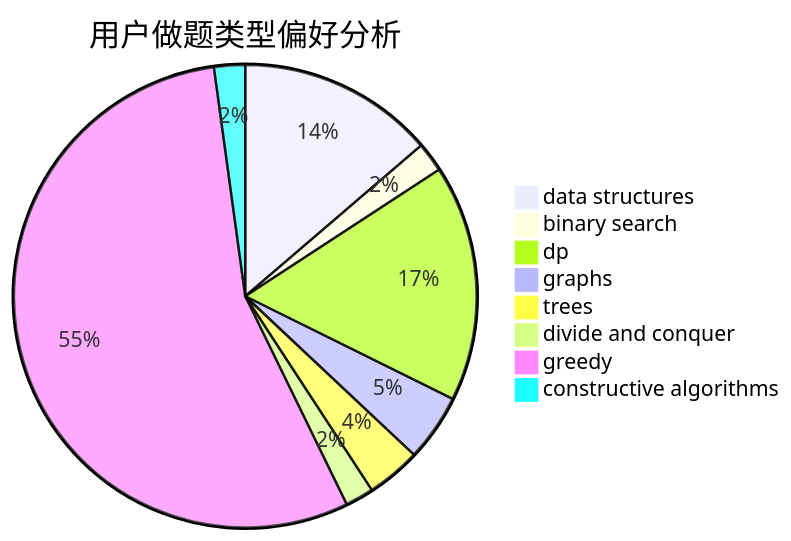
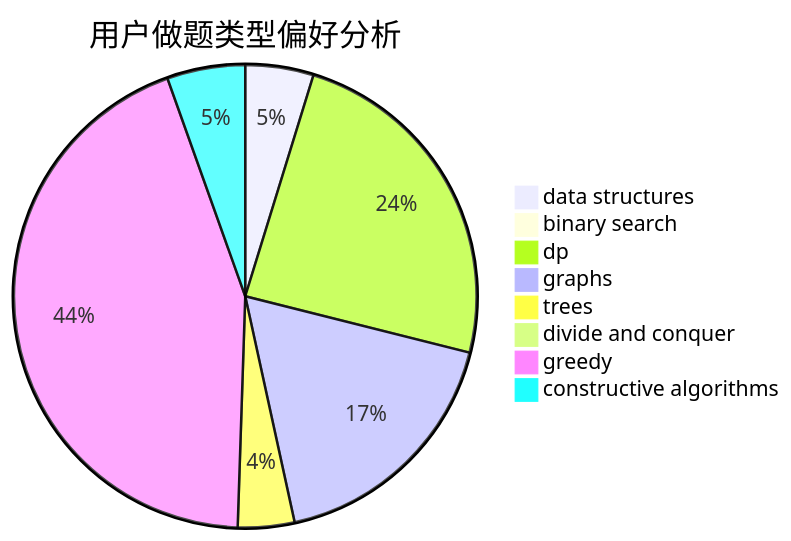
One commit to sherpahu/cfrs.github.io changed the second of 3 diagrams in docs/user/u1648.md. Above: the diagram before and after it, drawn with Mermaid. The commit also changed other lines of this file and 2770 other files, not shown here.

````diff
--- a/docs/user/u1648.md
+++ b/docs/user/u1648.md
@@ -23,11 +23,11 @@
 ```mermaid
 pie title 用户做题类型偏好分析
-    "data structures" :  152
-    "binary search" :  23
-    "dp" :  183
-    "graphs" :  52
-    "trees" :  42
-    "divide and conquer" :  22
-    "greedy" :  610
-    "constructive algorithms" :  24
+    "data structures" :  41
+    "binary search" :  8
+    "dp" :  208
+    "graphs" :  152
+    "trees" :  34
+    "divide and conquer" :  0
+    "greedy" :  379
+    "constructive algorithms" :  47
 ```
````
